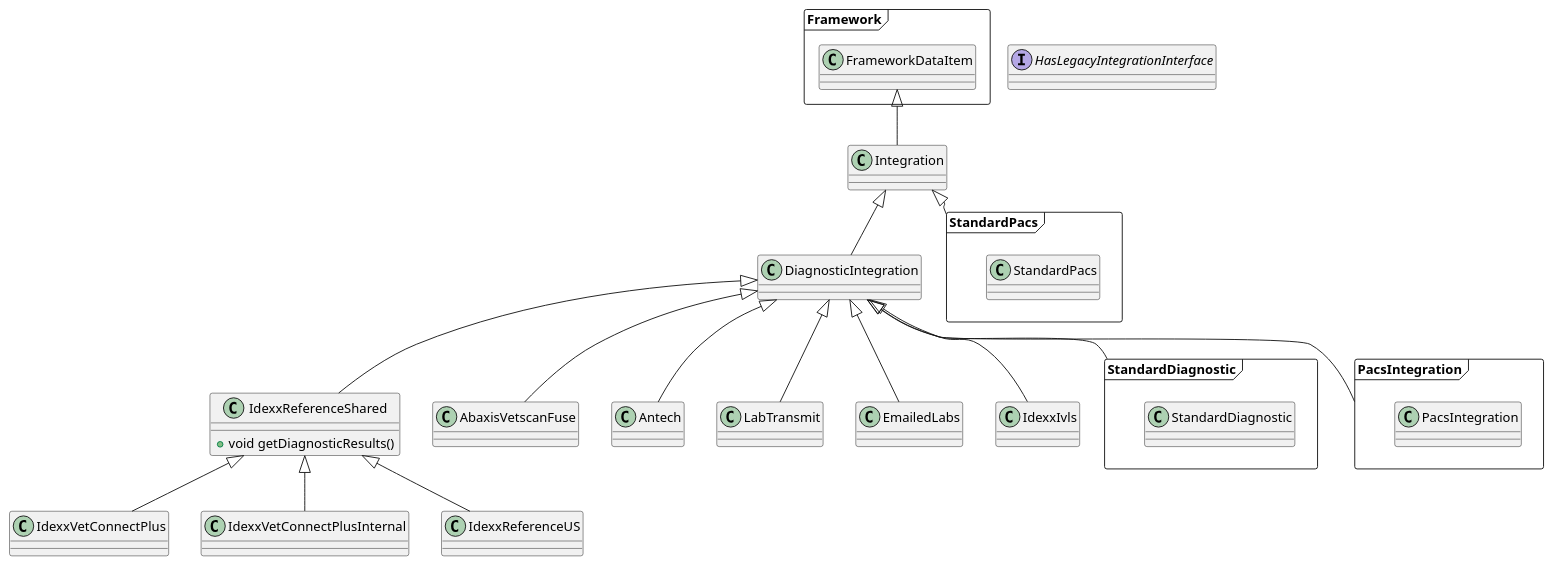
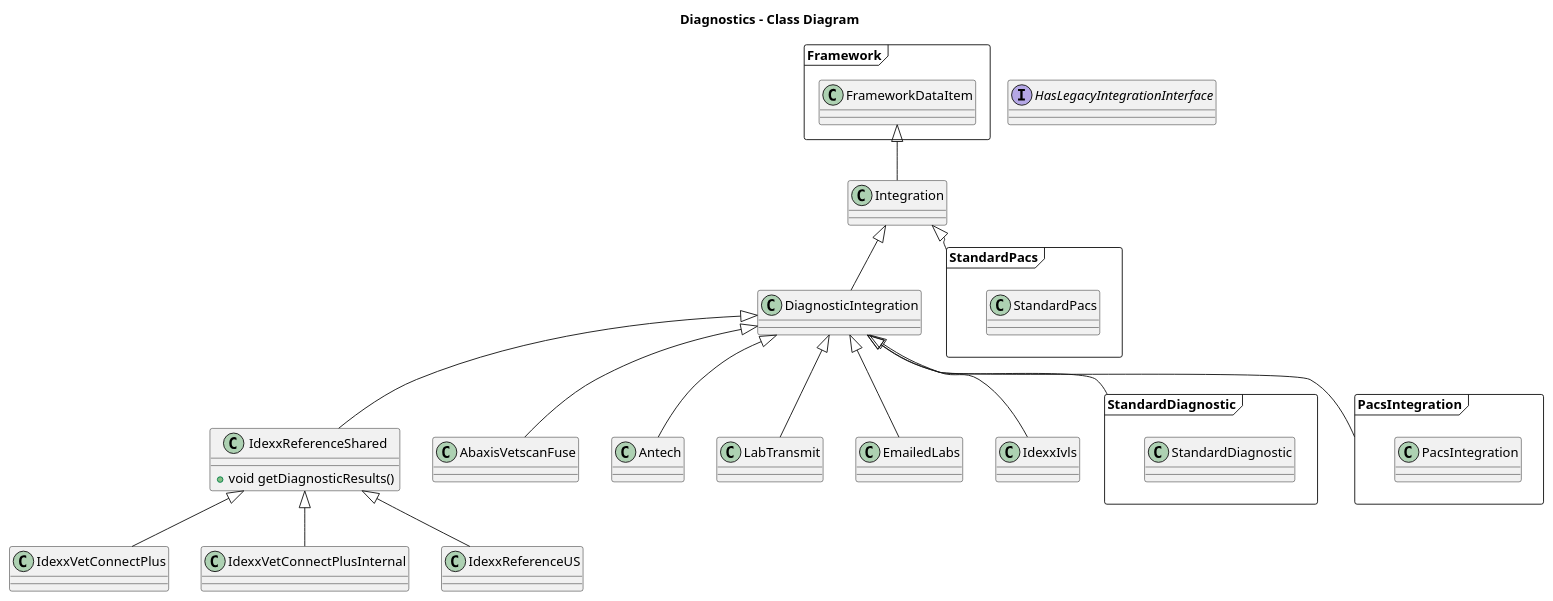
The diagram in Diagnostic General/ClassDiagram.puml (krishangordhan/PlantUML), drawn with PlantUML before and after one commit. The commit also changed 3 other files, not shown here.

Commit message:
Finishing sequence diagram for VC+ Results retrieving.

```diff
--- a/Diagnostic General/ClassDiagram.puml
+++ b/Diagnostic General/ClassDiagram.puml
@@ -1,67 +1,70 @@
 @startuml Diagnostics - Class Diagram
+
+title "Diagnostics - Class Diagram"
+
 
 package Framework <<Frame>> {
     class FrameworkDataItem
 }
 class Integration {
 }
 class DiagnosticIntegration {
 }
 package StandardDiagnostic <<Frame>>{
     class StandardDiagnostic {  
     }
 }
 package StandardPacs <<Frame>> {
     class StandardPacs {
     }
 }
 class IdexxReferenceShared {
     
     +void getDiagnosticResults()
 
 }
 class IdexxVetConnectPlus {
 }
 class IdexxVetConnectPlusInternal {
 }
 class IdexxReferenceUS {
 }
 interface HasLegacyIntegrationInterface {
 }
 package PacsIntegration <<Frame>> {
     class PacsIntegration {
     }
 }
 class AbaxisVetscanFuse {
 }
 class Antech {
 }
 class LabTransmit{
 }
 class EmailedLabs{
 }
 class IdexxIvls{
 }
 
 FrameworkDataItem <|-- Integration
 
 Integration <|-- DiagnosticIntegration
 Integration <|-- StandardPacs
 
 DiagnosticIntegration <|-- IdexxReferenceShared
 DiagnosticIntegration <|-- IdexxIvls
 DiagnosticIntegration <|-- StandardDiagnostic
 DiagnosticIntegration <|-- PacsIntegration
 DiagnosticIntegration <|-- AbaxisVetscanFuse
 DiagnosticIntegration <|-- Antech
 DiagnosticIntegration <|-- LabTransmit
 DiagnosticIntegration <|-- EmailedLabs
 
 IdexxReferenceShared <|-- IdexxVetConnectPlus
 IdexxReferenceShared <|-- IdexxVetConnectPlusInternal
 IdexxReferenceShared <|-- IdexxReferenceUS
 
 ' HasLegacyIntegrationInterface <|.. IdexxVetConnectPlus
 ' HasLegacyIntegrationInterface <|.. IdexxVetConnectPlusInternal
 
 @enduml
```
